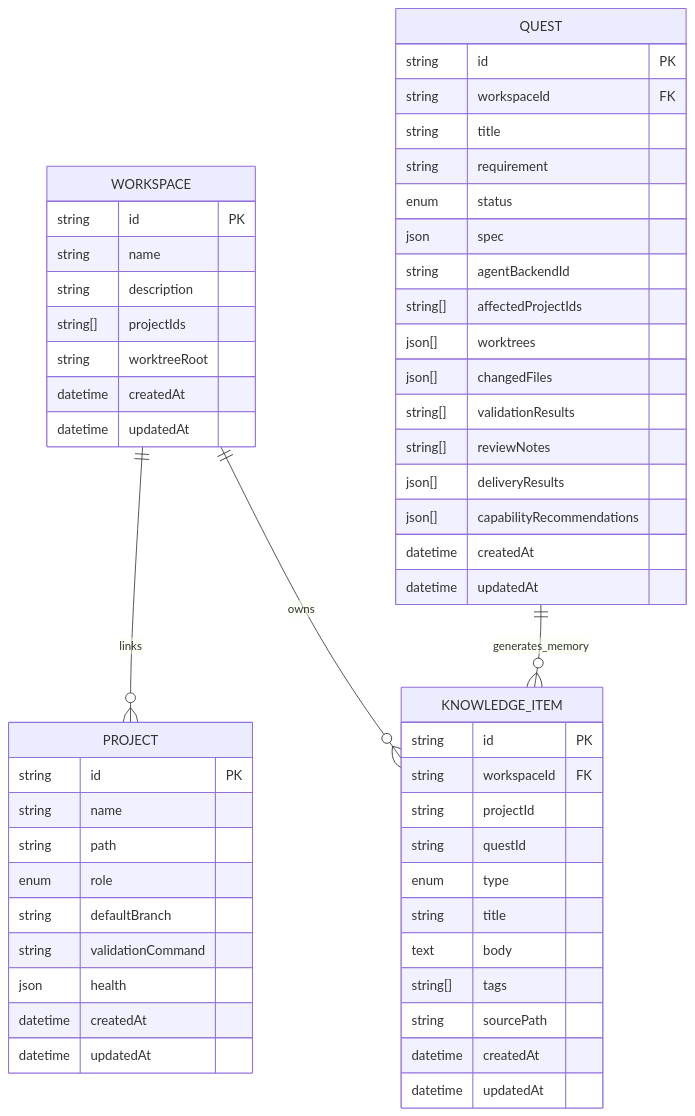
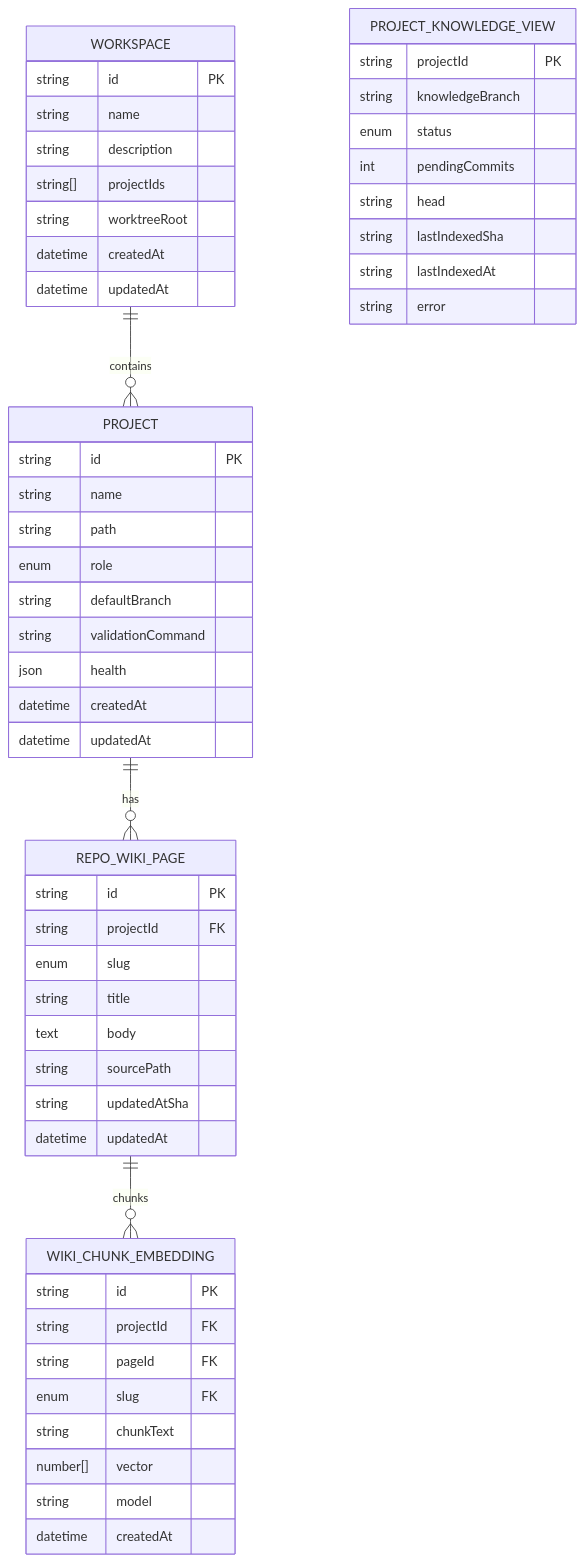
The seventh of 8 diagrams in .qoder/repowiki/zh/content/知识库系统.md (coconilu/RepoHelm), drawn with Mermaid before and after one commit. The commit also changed other lines of this file and 9 other files, not shown here.

First line of the commit message:
docs(zh): add KnowledgeCenter, Markdown & Mermaid

````diff
--- a/.qoder/repowiki/zh/content/知识库系统.md
+++ b/.qoder/repowiki/zh/content/知识库系统.md
@@ -473,57 +510,56 @@
 ```mermaid
 erDiagram
 WORKSPACE {
 string id PK
 string name
 string description
 string[] projectIds
 string worktreeRoot
 datetime createdAt
 datetime updatedAt
 }
 PROJECT {
 string id PK
 string name
 string path
 enum role
 string defaultBranch
 string validationCommand
 json health
 datetime createdAt
 datetime updatedAt
 }
-QUEST {
+REPO_WIKI_PAGE {
 string id PK
-string workspaceId FK
+string projectId FK
+enum slug
 string title
-string requirement
-enum status
-json spec
-string agentBackendId
-string[] affectedProjectIds
-json[] worktrees
-json[] changedFiles
-string[] validationResults
-string[] reviewNotes
-json[] deliveryResults
-json[] capabilityRecommendations
-datetime createdAt
+text body
+string sourcePath
+string updatedAtSha
 datetime updatedAt
 }
-KNOWLEDGE_ITEM {
+WIKI_CHUNK_EMBEDDING {
 string id PK
-string workspaceId FK
-string projectId
-string questId
-enum type
-string title
-text body
-string[] tags
-string sourcePath
+string projectId FK
+string pageId FK
+enum slug FK
+string chunkText
+number[] vector
+string model
 datetime createdAt
-datetime updatedAt
 }
-WORKSPACE ||--o{ PROJECT : "links"
-WORKSPACE ||--o{ KNOWLEDGE_ITEM : "owns"
-QUEST ||--o{ KNOWLEDGE_ITEM : "generates_memory"
+PROJECT_KNOWLEDGE_VIEW {
+string projectId PK
+string knowledgeBranch
+enum status
+int pendingCommits
+string head
+string lastIndexedSha
+string lastIndexedAt
+string error
+}
+WORKSPACE ||--o{ PROJECT : "contains"
+PROJECT ||--o{ REPO_WIKI_PAGE : "has"
+REPO_WIKI_PAGE ||--o{ WIKI_CHUNK_EMBEDDING : "chunks"
 ```
````
